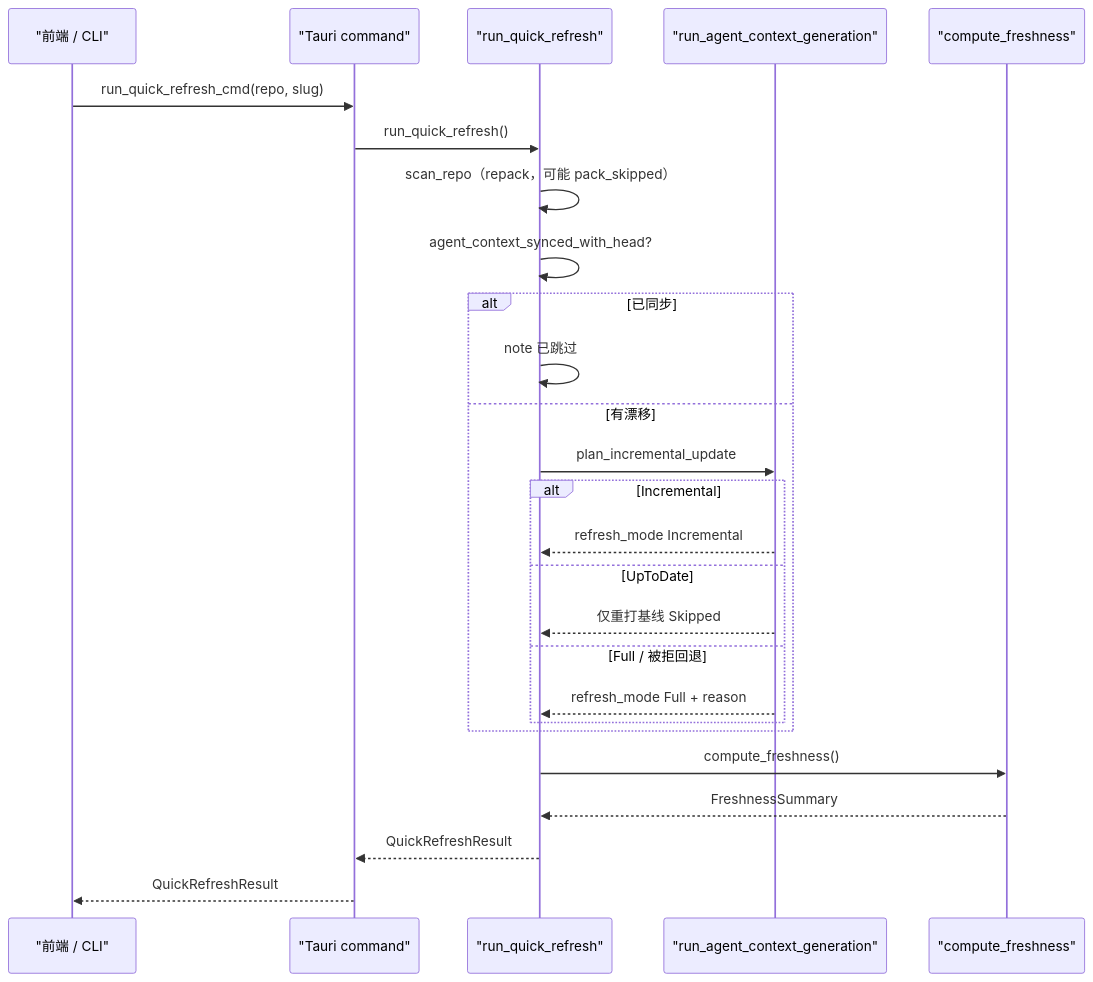
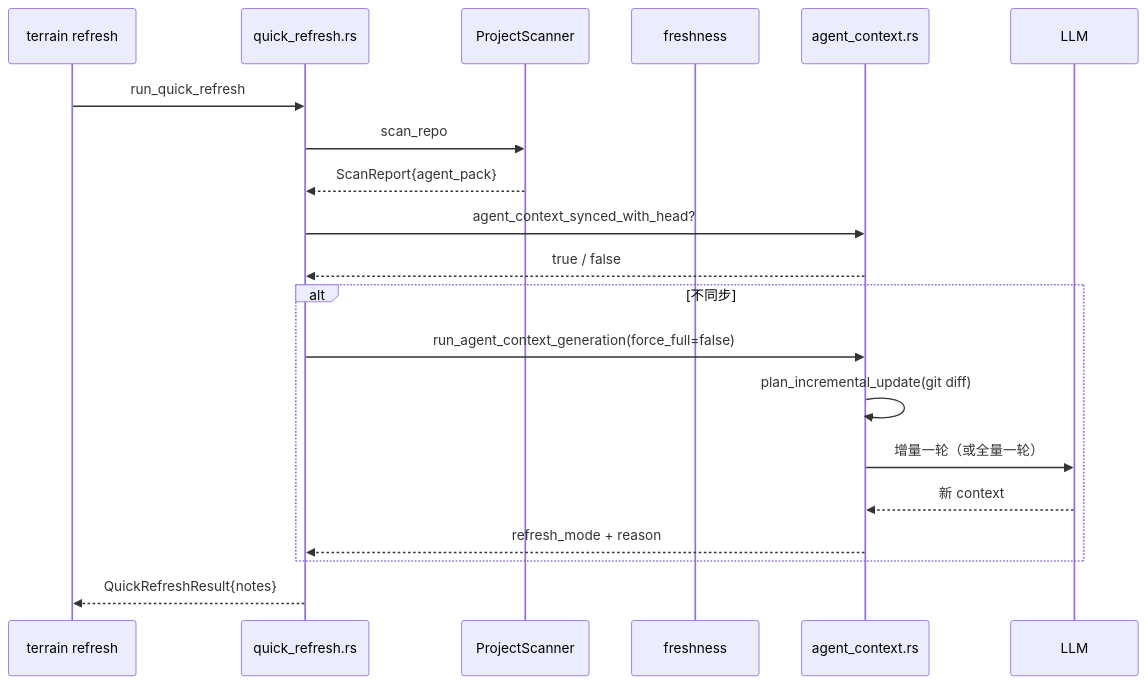
The fifth of 11 diagrams in .terrain/human/3.工作流.md (sopaco/terrain), drawn with Mermaid before and after one commit. The commit also changed other lines of this file and 39 other files, not shown here.

````diff
--- a/.terrain/human/3.工作流.md
+++ b/.terrain/human/3.工作流.md
@@ -134,29 +155,23 @@
 ```mermaid
 sequenceDiagram
-    participant UI as "前端 / CLI"
-    participant CMD as "Tauri command"
-    participant QR as "run_quick_refresh"
-    participant CTX as "run_agent_context_generation"
-    participant FRESH as "compute_freshness"
+    participant CLI as terrain refresh
+    participant QR as quick_refresh.rs
+    participant Scan as ProjectScanner
+    participant Fresh as freshness
+    participant Ctx as agent_context.rs
+    participant LLM as LLM
 
-    UI->>CMD: run_quick_refresh_cmd(repo, slug)
-    CMD->>QR: run_quick_refresh()
-    QR->>QR: scan_repo（repack，可能 pack_skipped）
-    QR->>QR: agent_context_synced_with_head?
-    alt 已同步
-        QR->>QR: note 已跳过
-    else 有漂移
-        QR->>CTX: plan_incremental_update
-        alt Incremental
-            CTX-->>QR: refresh_mode Incremental
-        else UpToDate
-            CTX-->>QR: 仅重打基线 Skipped
-        else Full / 被拒回退
-            CTX-->>QR: refresh_mode Full + reason
-        end
+    CLI->>QR: run_quick_refresh
+    QR->>Scan: scan_repo
+    Scan-->>QR: ScanReport{agent_pack}
+    QR->>Ctx: agent_context_synced_with_head?
+    Ctx-->>QR: true / false
+    alt 不同步
+        QR->>Ctx: run_agent_context_generation(force_full=false)
+        Ctx->>Ctx: plan_incremental_update(git diff)
+        Ctx->>LLM: 增量一轮（或全量一轮）
+        LLM-->>Ctx: 新 context
+        Ctx-->>QR: refresh_mode + reason
     end
-    QR->>FRESH: compute_freshness()
-    FRESH-->>QR: FreshnessSummary
-    QR-->>CMD: QuickRefreshResult
-    CMD-->>UI: QuickRefreshResult
+    QR-->>CLI: QuickRefreshResult{notes}
 ```
````
